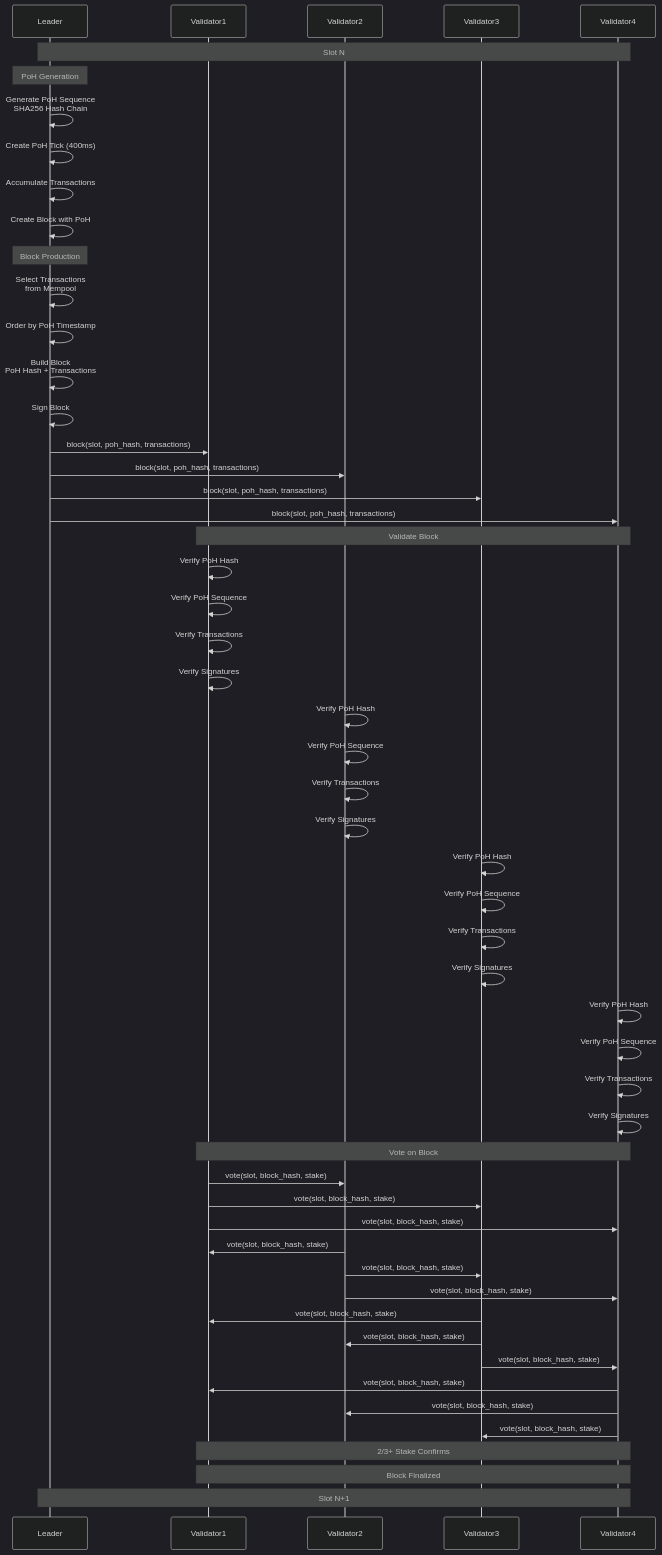
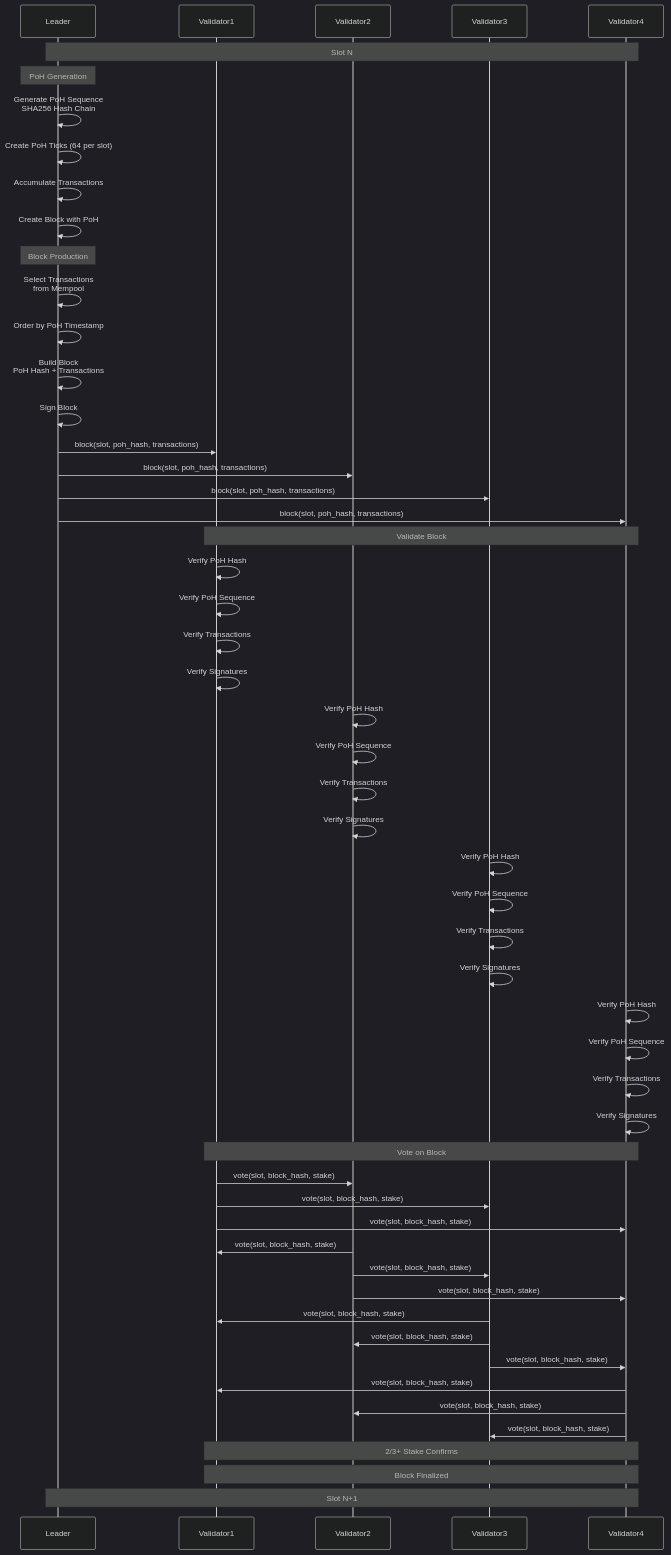
One commit to itohio/itohio.github.io changed the first of 3 diagrams in blog/content/snippets/interview/web3/solana-consensus-interview.md. Above: the diagram before and after it, drawn with Mermaid (dark theme). The commit also changed other lines of this file and 22 other files, not shown here.

````diff
--- a/blog/content/snippets/interview/web3/solana-consensus-interview.md
+++ b/blog/content/snippets/interview/web3/solana-consensus-interview.md
@@ -16,70 +16,70 @@
 ```mermaid
 sequenceDiagram
     participant Leader
     participant Validator1
     participant Validator2
     participant Validator3
     participant Validator4
     
     Note over Leader,Validator4: Slot N
     
     Note over Leader: PoH Generation
     Leader->>Leader: Generate PoH Sequence<br/>SHA256 Hash Chain
-    Leader->>Leader: Create PoH Tick (400ms)
+    Leader->>Leader: Create PoH Ticks (64 per slot)
     Leader->>Leader: Accumulate Transactions
     Leader->>Leader: Create Block with PoH
     
     Note over Leader: Block Production
     Leader->>Leader: Select Transactions<br/>from Mempool
     Leader->>Leader: Order by PoH Timestamp
     Leader->>Leader: Build Block<br/>PoH Hash + Transactions
     Leader->>Leader: Sign Block
     
     Leader->>Validator1: block(slot, poh_hash, transactions)
     Leader->>Validator2: block(slot, poh_hash, transactions)
     Leader->>Validator3: block(slot, poh_hash, transactions)
     Leader->>Validator4: block(slot, poh_hash, transactions)
     
     Note over Validator1,Validator4: Validate Block
     Validator1->>Validator1: Verify PoH Hash
     Validator1->>Validator1: Verify PoH Sequence
     Validator1->>Validator1: Verify Transactions
     Validator1->>Validator1: Verify Signatures
     
     Validator2->>Validator2: Verify PoH Hash
     Validator2->>Validator2: Verify PoH Sequence
     Validator2->>Validator2: Verify Transactions
     Validator2->>Validator2: Verify Signatures
     
     Validator3->>Validator3: Verify PoH Hash
     Validator3->>Validator3: Verify PoH Sequence
     Validator3->>Validator3: Verify Transactions
     Validator3->>Validator3: Verify Signatures
     
     Validator4->>Validator4: Verify PoH Hash
     Validator4->>Validator4: Verify PoH Sequence
     Validator4->>Validator4: Verify Transactions
     Validator4->>Validator4: Verify Signatures
     
     Note over Validator1,Validator4: Vote on Block
     Validator1->>Validator2: vote(slot, block_hash, stake)
     Validator1->>Validator3: vote(slot, block_hash, stake)
     Validator1->>Validator4: vote(slot, block_hash, stake)
     
     Validator2->>Validator1: vote(slot, block_hash, stake)
     Validator2->>Validator3: vote(slot, block_hash, stake)
     Validator2->>Validator4: vote(slot, block_hash, stake)
     
     Validator3->>Validator1: vote(slot, block_hash, stake)
     Validator3->>Validator2: vote(slot, block_hash, stake)
     Validator3->>Validator4: vote(slot, block_hash, stake)
     
     Validator4->>Validator1: vote(slot, block_hash, stake)
     Validator4->>Validator2: vote(slot, block_hash, stake)
     Validator4->>Validator3: vote(slot, block_hash, stake)
     
     Note over Validator1,Validator4: 2/3+ Stake Confirms
     Note over Validator1,Validator4: Block Finalized
     
     Note over Leader,Validator4: Slot N+1
 ```
````
